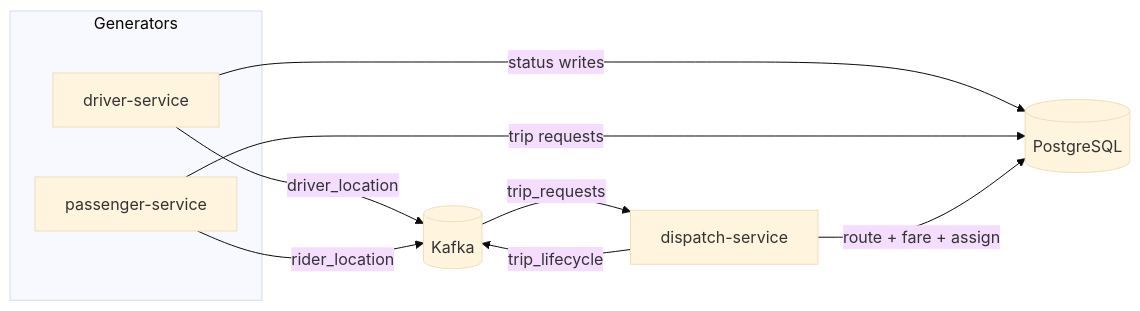
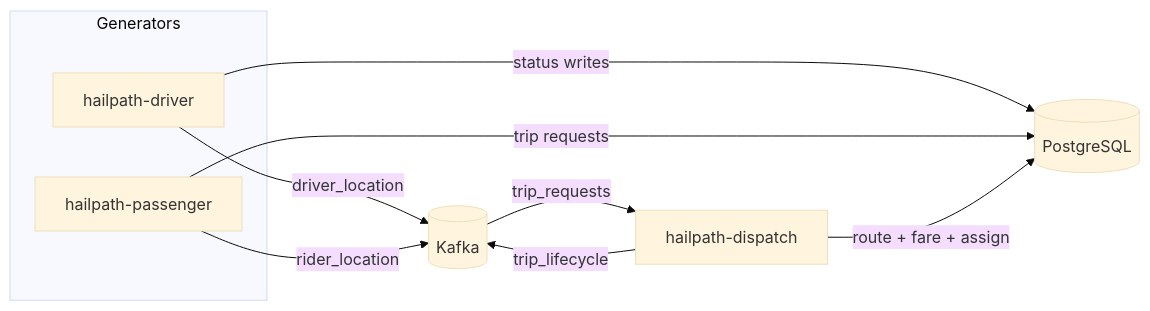
Before and after one commit to bahman-farhadian/Meanul-Data-Studio: the second of 9 diagrams in README.md, drawn with Mermaid (base theme). The commit also changed other lines of this file and 114 other files, not shown here.

````diff
--- a/README.md
+++ b/README.md
@@ -204,19 +201,19 @@
 ```mermaid
 graph LR
     subgraph GEN ["Generators"]
-        DRV["driver-service"]
-        PSG["passenger-service"]
+        DRV["hailpath-driver"]
+        PSG["hailpath-passenger"]
     end
 
-    DISP["dispatch-service"]
+    DISP["hailpath-dispatch"]
     PG[("PostgreSQL")]
     KAFKA[("Kafka")]
 
     DRV -->|"status writes"| PG
     PSG -->|"trip requests"| PG
     DRV -->|"driver_location"| KAFKA
     PSG -->|"rider_location"| KAFKA
     KAFKA -->|"trip_requests"| DISP
     DISP -->|"route + fare + assign"| PG
     DISP -->|"trip_lifecycle"| KAFKA
 ```
````
